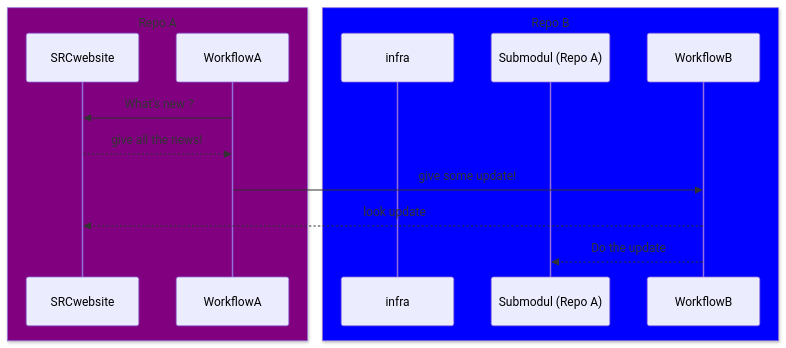
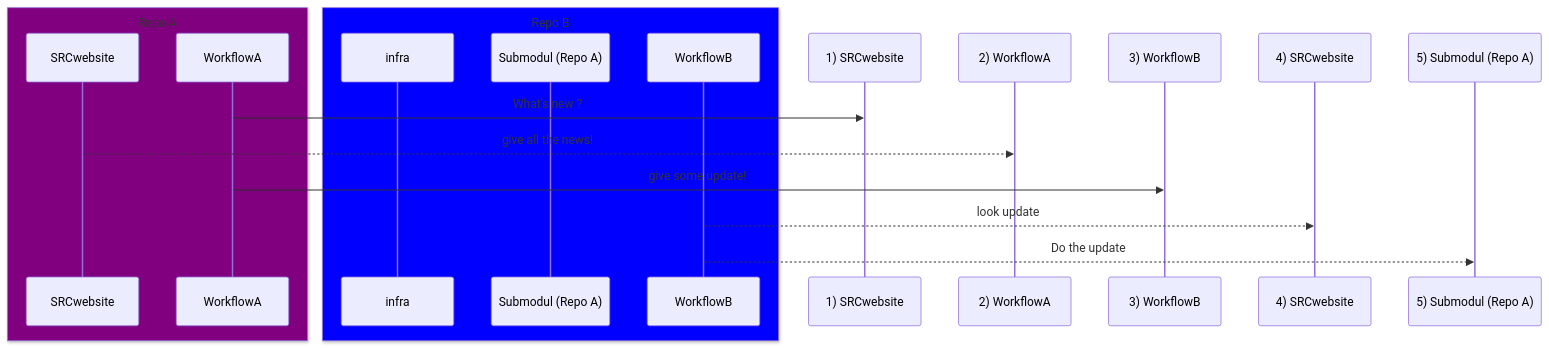
The diagram in README.md (TheotimChevalier/Repo-B), drawn with Mermaid before and after one commit.

````diff
--- a/README.md
+++ b/README.md
@@ -3,18 +3,18 @@
 ```mermaid
 
     sequenceDiagram
     box Purple Repo A
     participant SRCwebsite
     participant WorkflowA
     end
     box blue Repo B
     participant infra
     participant Submodul (Repo A)
     participant  WorkflowB
     end
-     WorkflowA->>SRCwebsite: What's new ?
-    SRCwebsite-->> WorkflowA: give all the news!
-     WorkflowA->> WorkflowB: give some update!
-     WorkflowB-->> SRCwebsite: look update 
-     WorkflowB-->>Submodul (Repo A): Do the update
+     WorkflowA->> 1)  SRCwebsite: What's new ?
+    SRCwebsite-->> 2) WorkflowA: give all the news!
+     WorkflowA->> 3) WorkflowB: give some update!
+     WorkflowB-->> 4) SRCwebsite: look update 
+     WorkflowB-->>5) Submodul (Repo A): Do the update
 ```
````
